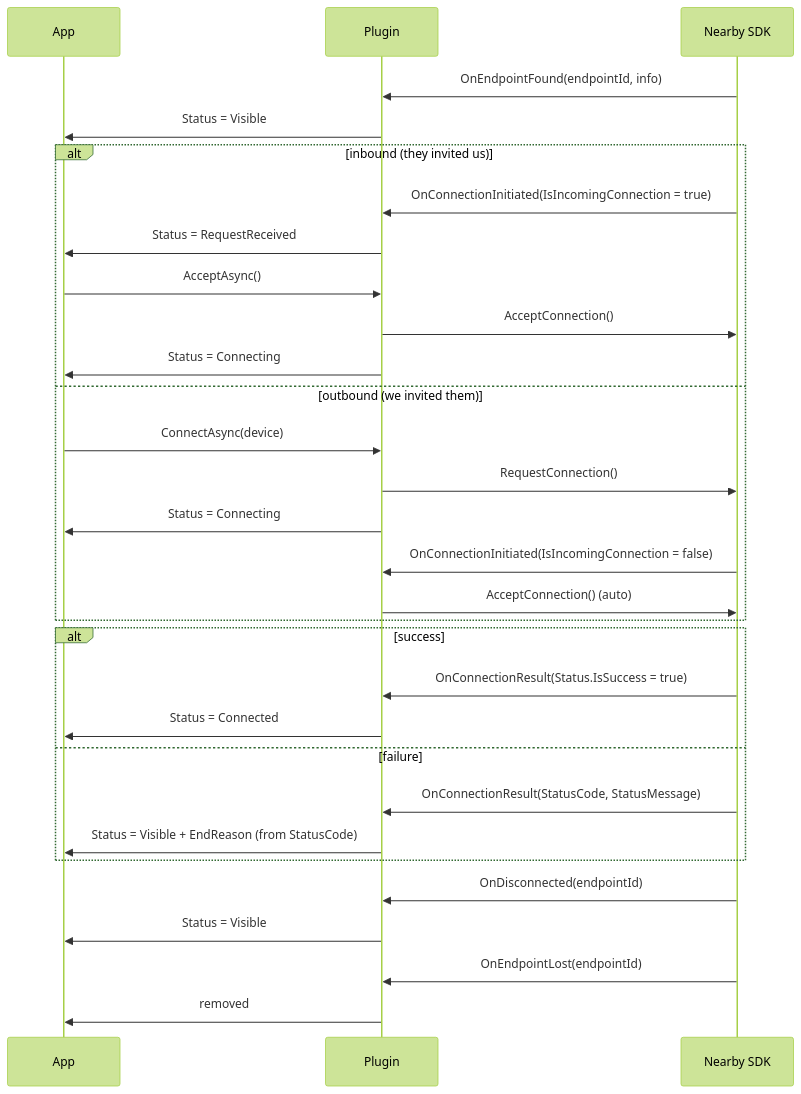
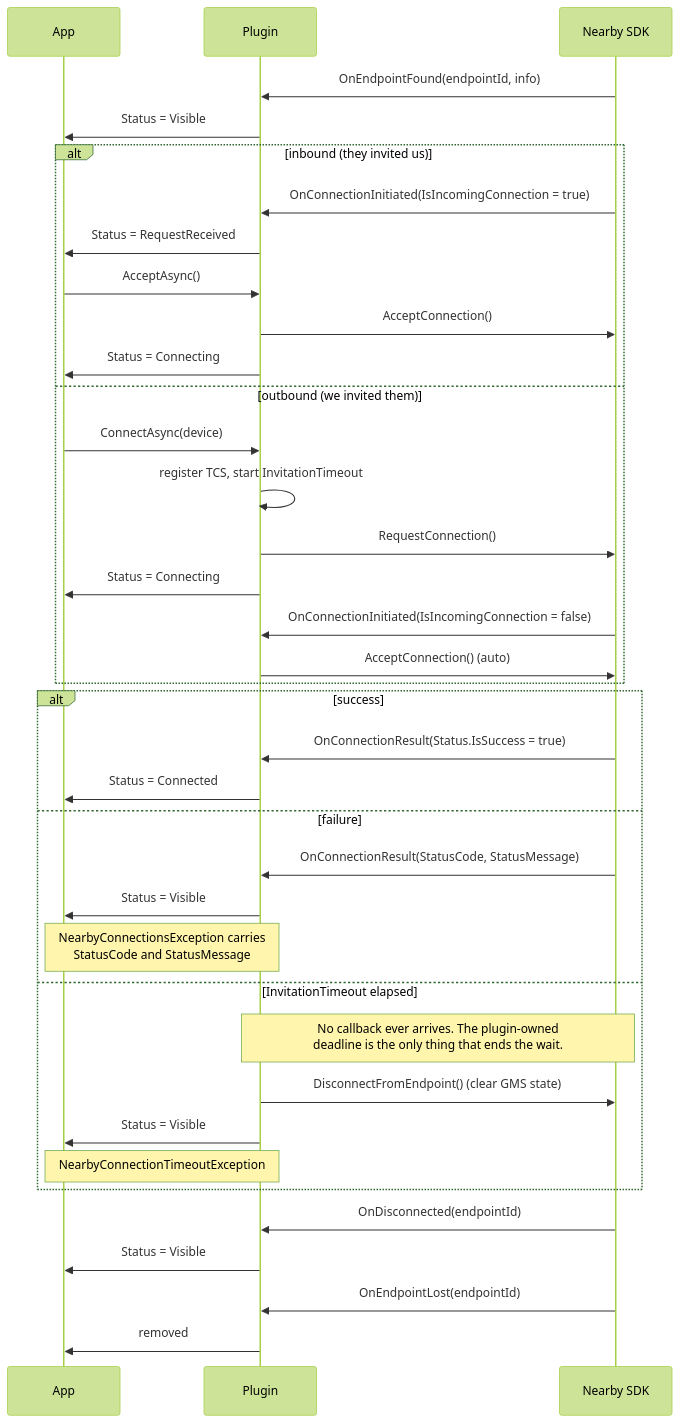
Before and after one commit to phunkeler/Plugin.Maui.NearbyConnections: the second of 4 diagrams in docs/DEVICE-LIFECYCLE.md, drawn with Mermaid (forest theme). The commit also changed other lines of this file and 26 other files, not shown here.

````diff
--- a/docs/DEVICE-LIFECYCLE.md
+++ b/docs/DEVICE-LIFECYCLE.md
@@ -154,36 +154,43 @@
 ```mermaid
 sequenceDiagram
     participant A as App
     participant P as Plugin
     participant G as Nearby SDK
 
     G->>P: OnEndpointFound(endpointId, info)
     P->>A: Status = Visible
 
     alt inbound (they invited us)
         G->>P: OnConnectionInitiated(IsIncomingConnection = true)
         P->>A: Status = RequestReceived
         A->>P: AcceptAsync()
         P->>G: AcceptConnection()
         P->>A: Status = Connecting
     else outbound (we invited them)
         A->>P: ConnectAsync(device)
+        P->>P: register TCS, start InvitationTimeout
         P->>G: RequestConnection()
         P->>A: Status = Connecting
         G->>P: OnConnectionInitiated(IsIncomingConnection = false)
         P->>G: AcceptConnection() (auto)
     end
 
     alt success
         G->>P: OnConnectionResult(Status.IsSuccess = true)
         P->>A: Status = Connected
     else failure
         G->>P: OnConnectionResult(StatusCode, StatusMessage)
-        P->>A: Status = Visible + EndReason (from StatusCode)
+        P->>A: Status = Visible
+        Note over P,A: NearbyConnectionsException carries<br/>StatusCode and StatusMessage
+    else InvitationTimeout elapsed
+        Note over P,G: No callback ever arrives. The plugin-owned<br/>deadline is the only thing that ends the wait.
+        P->>G: DisconnectFromEndpoint() (clear GMS state)
+        P->>A: Status = Visible
+        Note over P,A: NearbyConnectionTimeoutException
     end
 
     G->>P: OnDisconnected(endpointId)
     P->>A: Status = Visible
     G->>P: OnEndpointLost(endpointId)
     P->>A: removed
 ```
````
